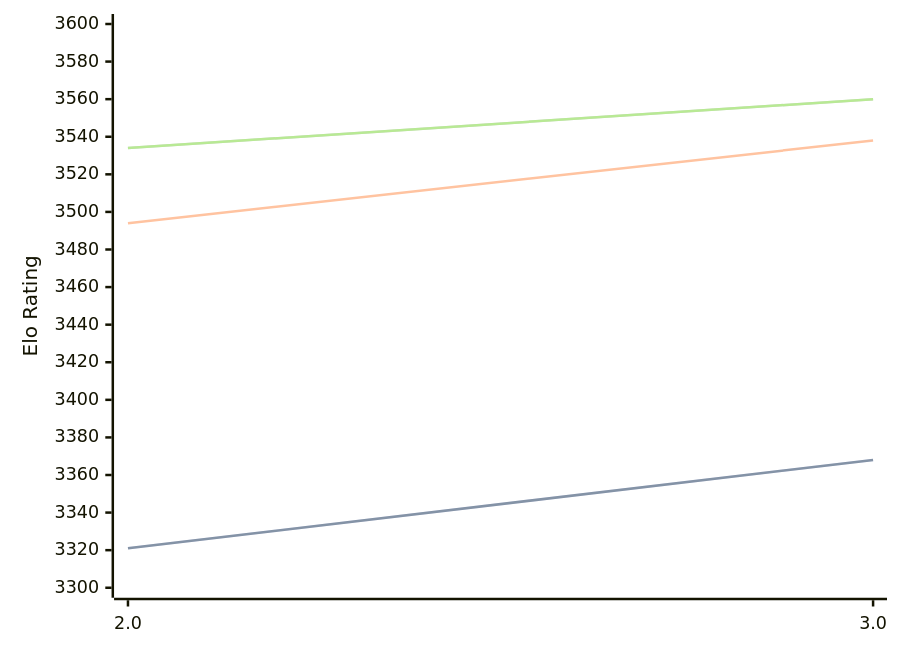
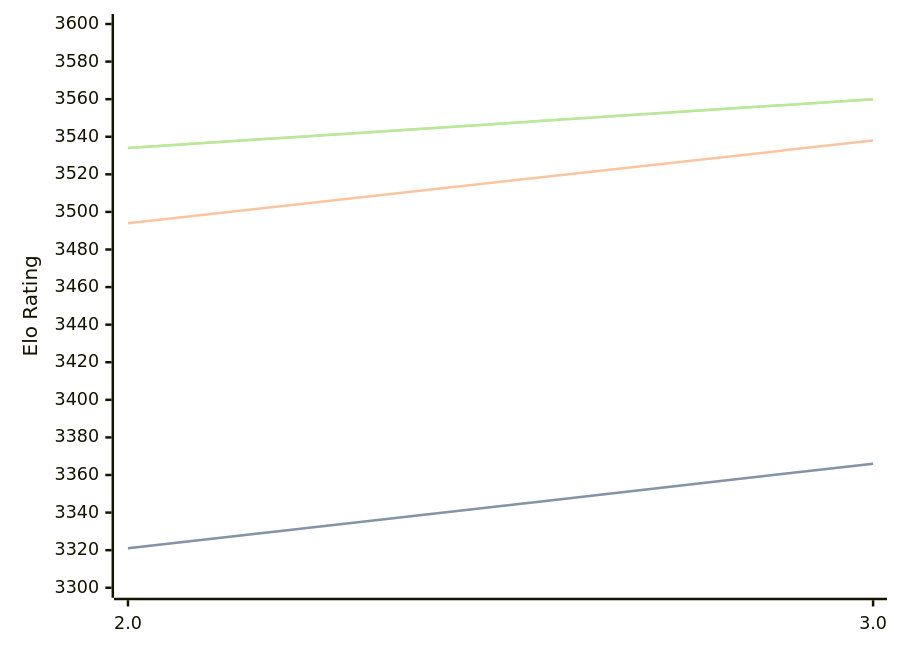
The diagram in engines/Quanticade.md (computer-chess-index/cci), drawn with Mermaid before and after one commit. The commit also changed other lines of this file, not shown here.

Commit message:
Update CCI Ratings (ELO VLTC) - 2026-03-24

````diff
--- a/engines/Quanticade.md
+++ b/engines/Quanticade.md
@@ -41,11 +41,11 @@
 ```mermaid
 %%{init: {"theme":"base","themeVariables":{"seriesColors:['#a3a3a3','#222221','#faa371']}}}%%
 xychart-beta
   x-axis ["2.0", "3.0"]
   y-axis "Elo Rating" 3300 --> 3600
-  line "STC (8.0+0.08s)" [3321, 3368]
-  line "STC (8.0+0.08s)" [3321, 3368]
+  line "STC (8.0+0.08s)" [3321, 3366]
+  line "STC (8.0+0.08s)" [3321, 3366]
   line "LTC (60.0+0.60s)" [3494, 3538]
   line "VLTC (2m24s+1.12s)" [3534, 3560]
   line "VLTC (2m24s+1.12s)" [3534, 3560]
 ```
````
